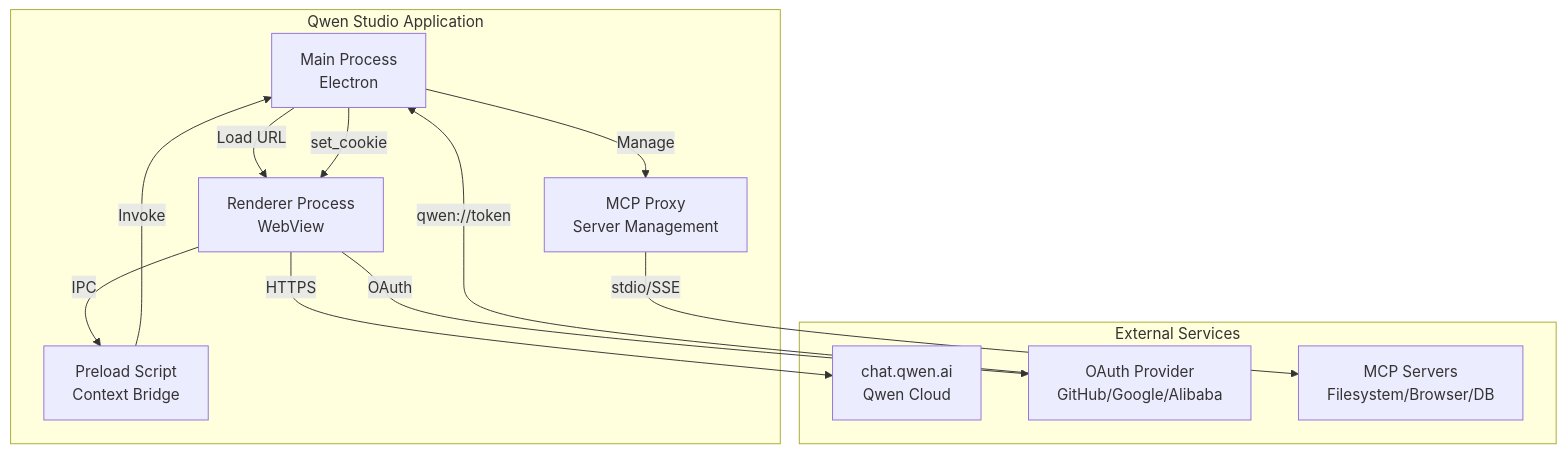
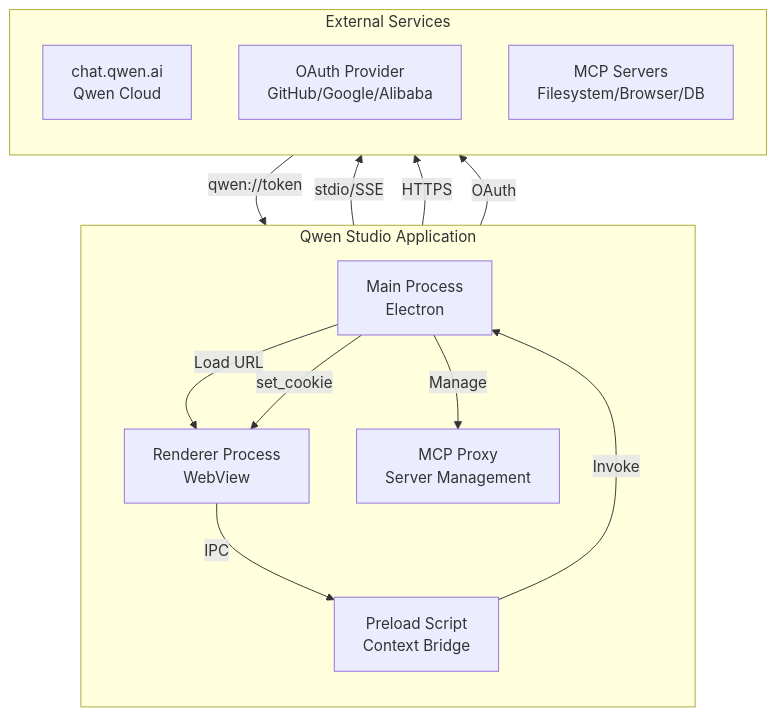
The first of 2 diagrams in README.md (youssefvdel/qwen-studio), drawn with Mermaid before and after one commit.

Commit message:
docs: update architecture diagram layout - external services below app

````diff
--- a/README.md
+++ b/README.md
@@ -113,25 +113,27 @@
 ```mermaid
-graph TB
-    subgraph "Qwen Studio Application"
+graph TD
+    subgraph QwenStudio["Qwen Studio Application"]
+        direction TB
         Main[Main Process<br/>Electron]
         Render[Renderer Process<br/>WebView]
         Preload[Preload Script<br/>Context Bridge]
         MCP[MCP Proxy<br/>Server Management]
     end
     
-    subgraph "External Services"
+    subgraph External["External Services"]
+        direction TB
         Qwen[chat.qwen.ai<br/>Qwen Cloud]
         OAuth[OAuth Provider<br/>GitHub/Google/Alibaba]
         MCPS[MCP Servers<br/>Filesystem/Browser/DB]
     end
     
     Main -->|Load URL| Render
     Render -->|IPC| Preload
     Preload -->|Invoke| Main
     Main -->|Manage| MCP
     MCP -->|stdio/SSE| MCPS
     Render -->|HTTPS| Qwen
     Render -->|OAuth| OAuth
     OAuth -->|qwen://token| Main
     Main -->|set_cookie| Render
 ```
````
